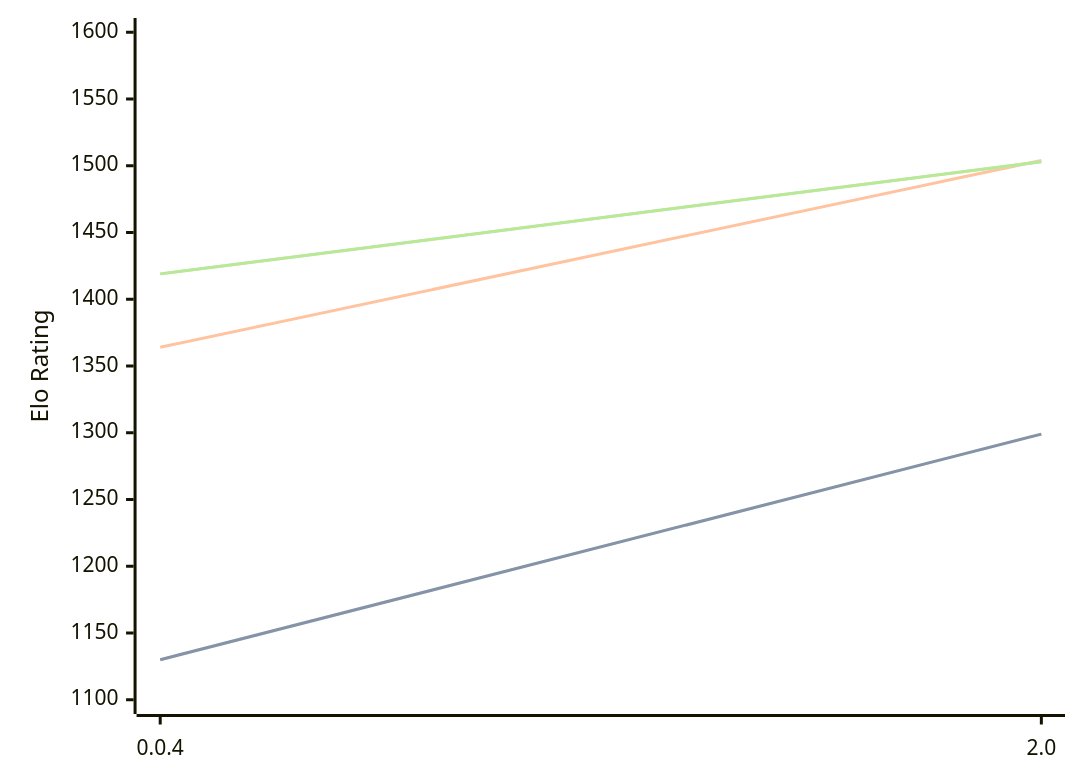
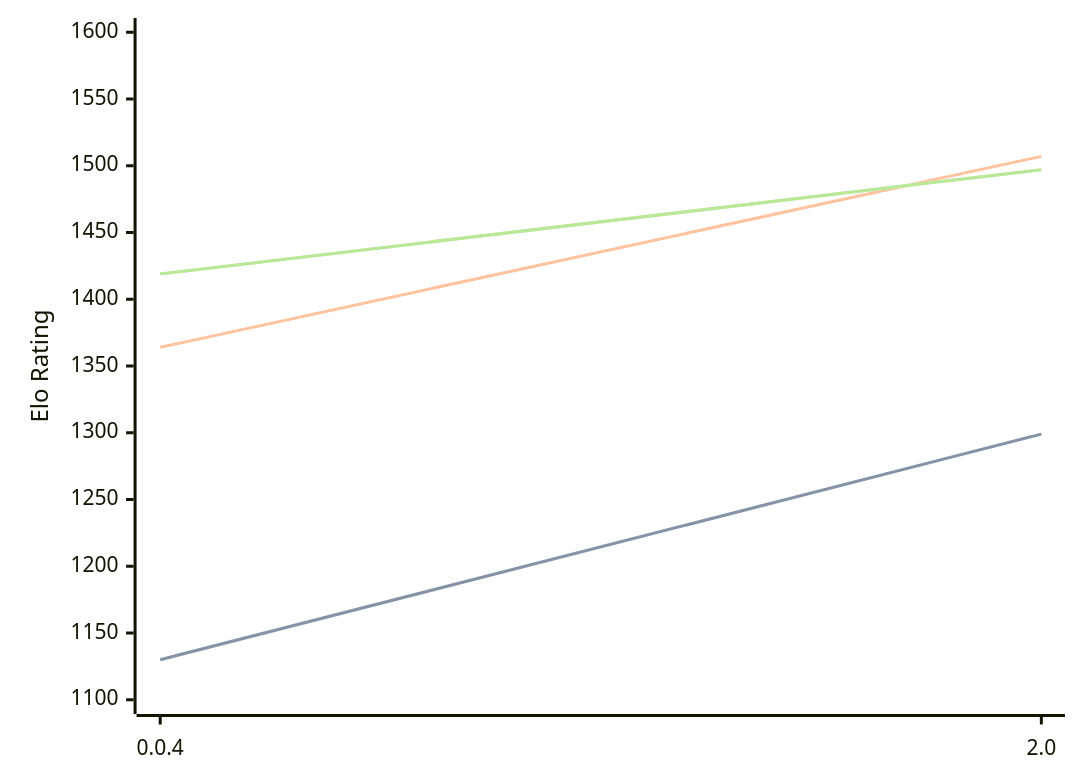
One commit to computer-chess-index/cci changed the diagram in engines/Oops!Mate.md. Above: the diagram before and after it, drawn with Mermaid. The commit also changed other lines of this file, not shown here.

Commit message:
Update CCI Ratings (ELO VLTC) - 2026-03-15

````diff
--- a/engines/Oops!Mate.md
+++ b/engines/Oops!Mate.md
@@ -49,11 +49,11 @@
 ```mermaid
 %%{init: {"theme":"base","themeVariables":{"seriesColors:['#a3a3a3','#222221','#faa371']}}}%%
 xychart-beta
   x-axis ["0.0.4", "2.0"]
   y-axis "Elo Rating" 1100 --> 1600
   line "STC (8.0+0.08s)" [1130, 1299]
   line "STC (8.0+0.08s)" [1130, 1299]
-  line "LTC (60.0+0.60s)" [1364, 1504]
-  line "VLTC (2m24s+1.12s)" [1419, 1503]
-  line "VLTC (2m24s+1.12s)" [1419, 1503]
+  line "LTC (60.0+0.60s)" [1364, 1507]
+  line "VLTC (2m24s+1.12s)" [1419, 1497]
+  line "VLTC (2m24s+1.12s)" [1419, 1497]
 ```
````
